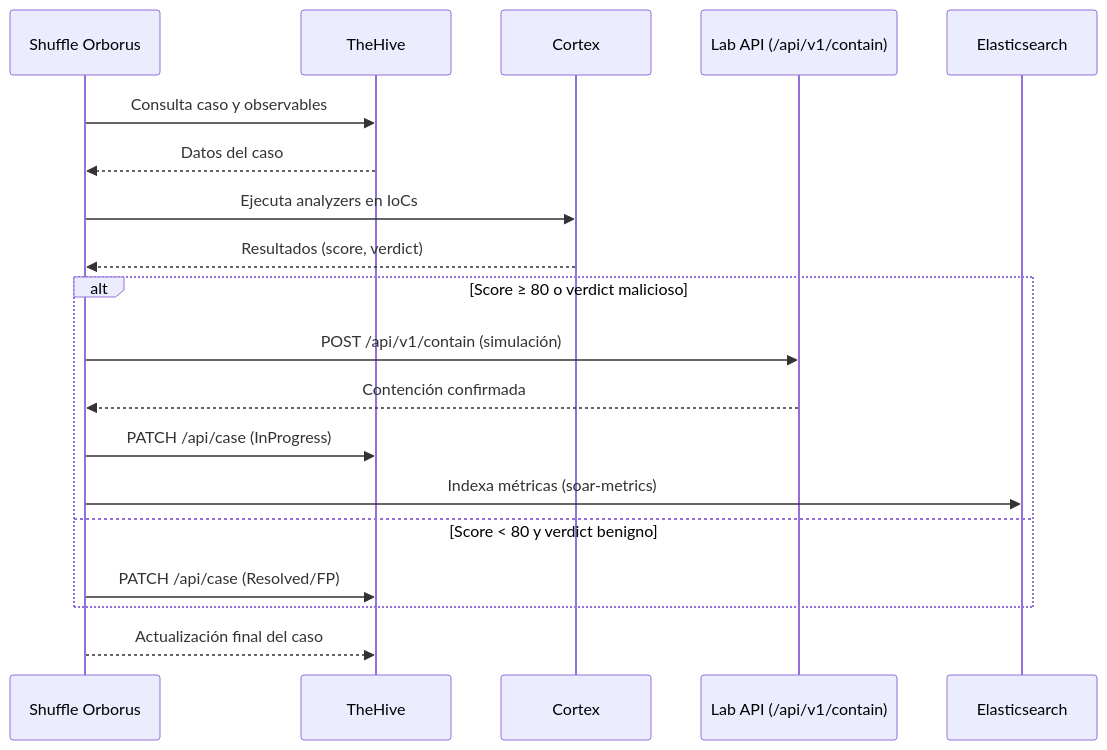
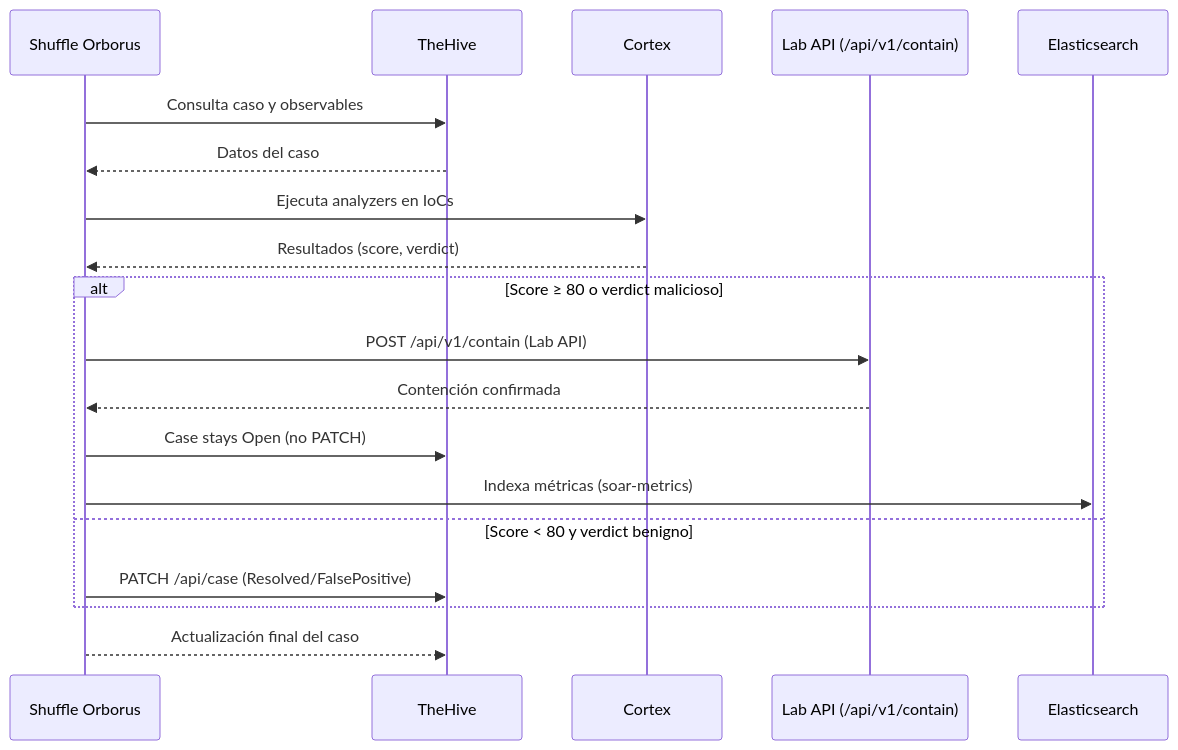
The eighth of 13 diagrams in docs/thesis/appendix_h.md (alesanfe/soar-ransomware-lab), drawn with Mermaid before and after one commit. The commit also changed other lines of this file, not shown here.

````diff
--- a/docs/thesis/appendix_h.md
+++ b/docs/thesis/appendix_h.md
@@ -307,22 +307,22 @@
 ```mermaid
 sequenceDiagram
  participant Shuffle as Shuffle Orborus
  participant TheHive as TheHive
  participant Cortex as Cortex
  participant API as Lab API (/api/v1/contain)
  participant ES as Elasticsearch
 
  Shuffle->>TheHive: Consulta caso y observables
  TheHive-->>Shuffle: Datos del caso
  Shuffle->>Cortex: Ejecuta analyzers en IoCs
  Cortex-->>Shuffle: Resultados (score, verdict)
  alt Score ≥ 80 o verdict malicioso
- Shuffle->>API: POST /api/v1/contain (simulación)
+ Shuffle->>API: POST /api/v1/contain (Lab API)
  API-->>Shuffle: Contención confirmada
- Shuffle->>TheHive: PATCH /api/case (InProgress)
+ Shuffle->>TheHive: Case stays Open (no PATCH)
  Shuffle->>ES: Indexa métricas (soar-metrics)
  else Score < 80 y verdict benigno
- Shuffle->>TheHive: PATCH /api/case (Resolved/FP)
+ Shuffle->>TheHive: PATCH /api/case (Resolved/FalsePositive)
  end
  Shuffle-->>TheHive: Actualización final del caso
 ```
````
